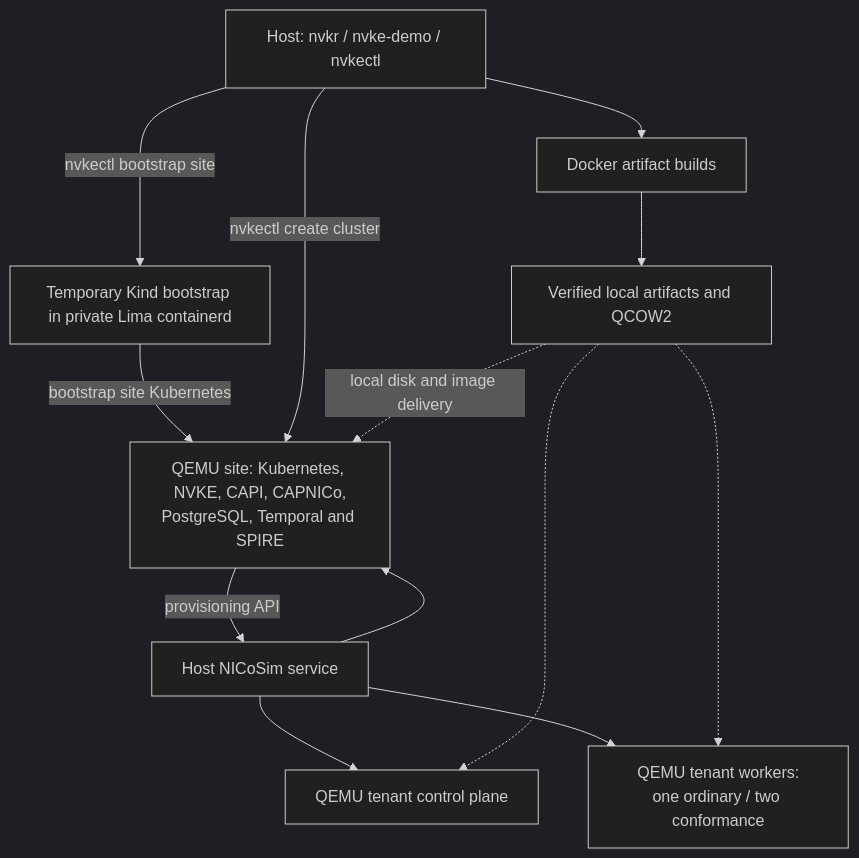
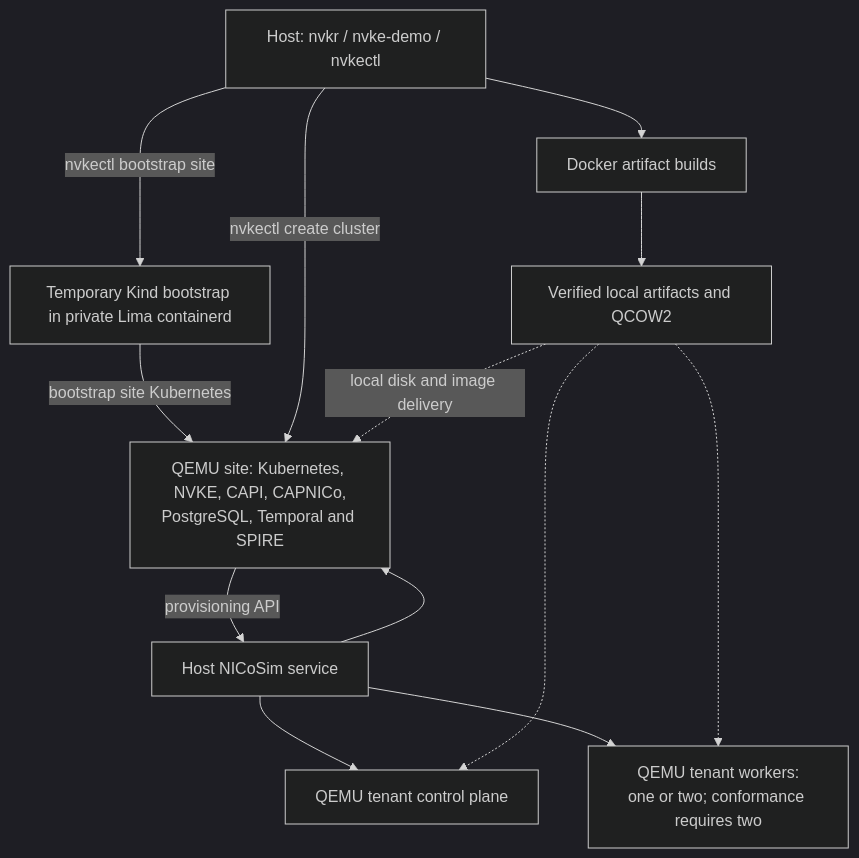
Before and after one commit to dsx-ai-factory/nvkr: the diagram in docs/local-nvke-demo.md, drawn with Mermaid (dark theme). The commit also changed other lines of this file and 17 other files, not shown here.

First line of the commit message:
fix(demo): select tenant workers independently of conformance

````diff
--- a/docs/local-nvke-demo.md
+++ b/docs/local-nvke-demo.md
@@ -13,22 +14,22 @@
 ```mermaid
 flowchart TD
   CLI["Host: nvkr / nvke-demo / nvkectl"]
   BUILD["Docker artifact builds"]
   FILES["Verified local artifacts and QCOW2"]
   KIND["Temporary Kind bootstrap in private Lima containerd"]
   SIM["Host NICoSim service"]
   SITE["QEMU site: Kubernetes, NVKE, CAPI, CAPNICo,<br/>PostgreSQL, Temporal and SPIRE"]
   CP["QEMU tenant control plane"]
-  WORKER["QEMU tenant workers:<br/>one ordinary / two conformance"]
+  WORKER["QEMU tenant workers:<br/>one or two; conformance requires two"]
   CLI --> BUILD --> FILES
   CLI -->|"nvkectl bootstrap site"| KIND
   KIND -->|"bootstrap site Kubernetes"| SITE
   CLI -->|"nvkectl create cluster"| SITE
   SITE -->|"provisioning API"| SIM
   SIM --> SITE
   SIM --> CP
   SIM --> WORKER
   FILES -.->|"local disk and image delivery"| SITE
   FILES -.-> CP
   FILES -.-> WORKER
 ```
````
